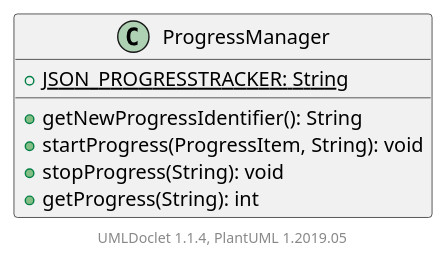
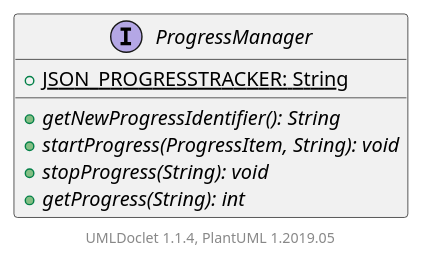
The diagram in apidocs/2.11.0.M7-SNAPSHOT/org/apache/wiki/ui/progress/ProgressManager.puml (apache/jspwiki-site), drawn with PlantUML before and after one commit. The commit also changed 1701 other files, not shown here.

```diff
--- a/apidocs/2.11.0.M7-SNAPSHOT/org/apache/wiki/ui/progress/ProgressManager.puml
+++ b/apidocs/2.11.0.M7-SNAPSHOT/org/apache/wiki/ui/progress/ProgressManager.puml
@@ -1,13 +1,13 @@
 @startuml
 
-    class ProgressManager [[ProgressManager.html]] {
+    interface ProgressManager [[ProgressManager.html]] {
         {static} +JSON_PROGRESSTRACKER: String
-        +getNewProgressIdentifier(): String
-        +startProgress(ProgressItem, String): void
-        +stopProgress(String): void
-        +getProgress(String): int
+        {abstract} +getNewProgressIdentifier(): String
+        {abstract} +startProgress(ProgressItem, String): void
+        {abstract} +stopProgress(String): void
+        {abstract} +getProgress(String): int
     }
 
 
     center footer UMLDoclet 1.1.4, PlantUML 1.2019.05
 @enduml
```
